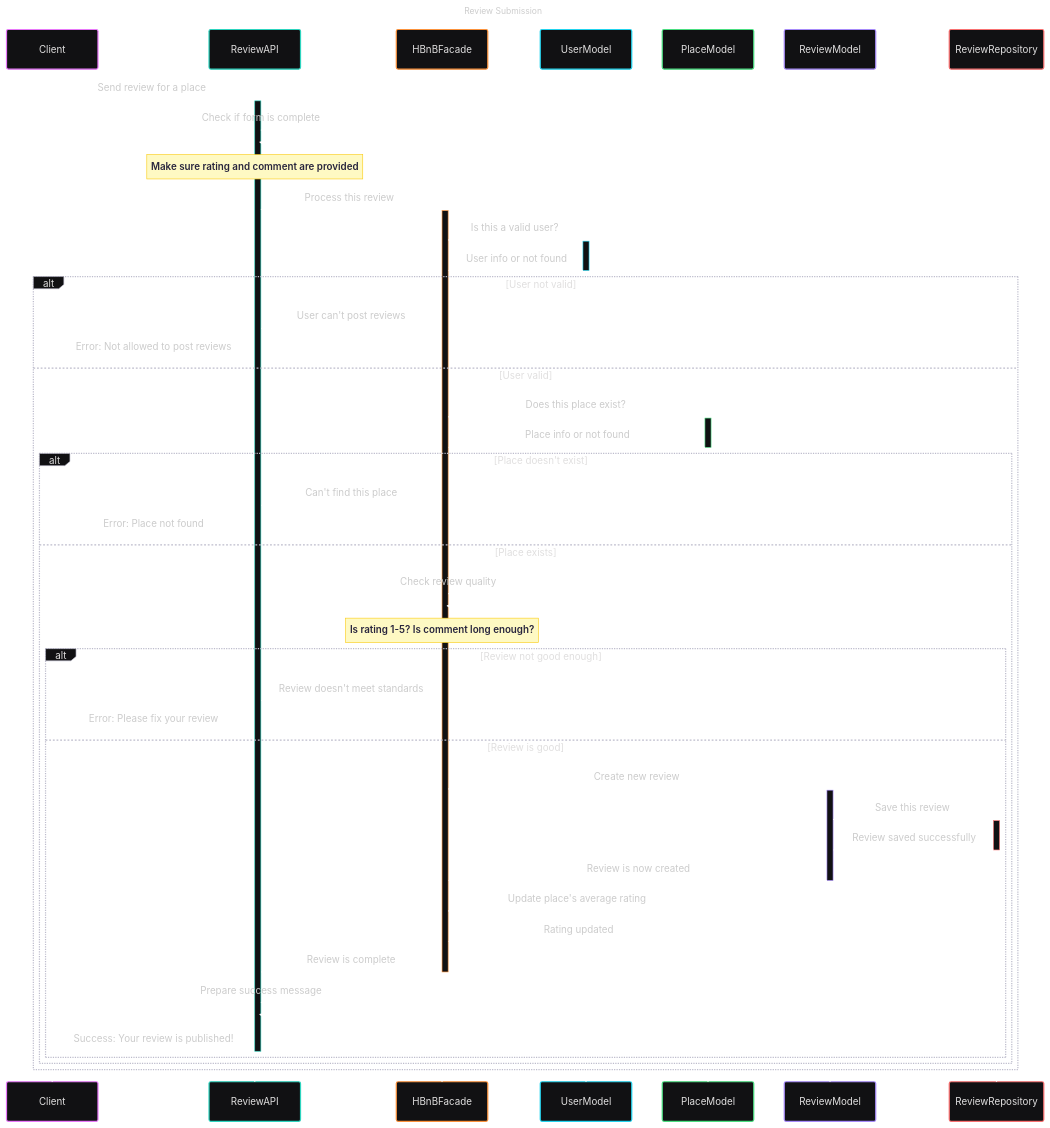
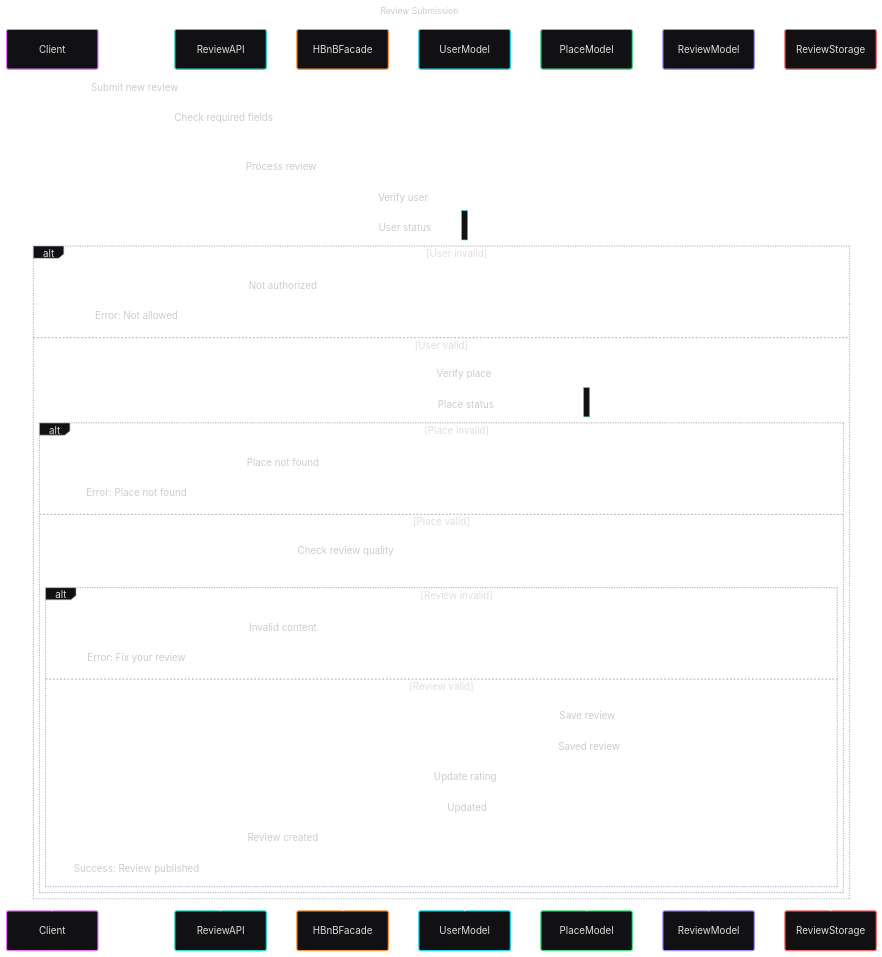
The fifth of 5 diagrams in README.md (Steph974-Git/holbertonschool-hbnb), drawn with Mermaid before and after one commit. The commit also changed other lines of this file, not shown here.

Commit message:
Refactor review submission sequence diagram: enhance clarity in user and place validation, and improve error handling for review processing.

````diff
--- a/README.md
+++ b/README.md
@@ -444,51 +444,50 @@
 ```mermaid
 ---
 config:
   theme: redux-dark-color
 title : Review Submission
 ---
 sequenceDiagram
     participant Client
     participant ReviewAPI
     participant HBnBFacade
     participant UserModel
     participant PlaceModel
     participant ReviewModel
-    participant ReviewRepository
-    Client->>+ReviewAPI: Send review for a place
-    activate ReviewAPI
-    ReviewAPI->>ReviewAPI: Check if form is complete
-    Note over ReviewAPI: Make sure rating and comment are provided
-    ReviewAPI->>+HBnBFacade: Process this review
-    activate HBnBFacade
-    HBnBFacade->>+UserModel: Is this a valid user?
-    UserModel-->>-HBnBFacade: User info or not found
-    alt User not valid
-        HBnBFacade-->>ReviewAPI: User can't post reviews
-        ReviewAPI-->>Client: Error: Not allowed to post reviews
+    
+    Client->>+ReviewAPI: Submit new review
+    ReviewAPI->>ReviewAPI: Check required fields
+    ReviewAPI->>+HBnBFacade: Process review
+    
+    HBnBFacade->>+UserModel: Verify user
+    UserModel-->>-HBnBFacade: User status
+    
+    alt User invalid
+        HBnBFacade-->>ReviewAPI: Not authorized
+        ReviewAPI-->>Client: Error: Not allowed
     else User valid
-        HBnBFacade->>+PlaceModel: Does this place exist?
-        PlaceModel-->>-HBnBFacade: Place info or not found
-        alt Place doesn't exist
-            HBnBFacade-->>ReviewAPI: Can't find this place
+        HBnBFacade->>+PlaceModel: Verify place
+        PlaceModel-->>-HBnBFacade: Place status
+        
+        alt Place invalid
+            HBnBFacade-->>ReviewAPI: Place not found
             ReviewAPI-->>Client: Error: Place not found
-        else Place exists
+        else Place valid
             HBnBFacade->>HBnBFacade: Check review quality
-            Note over HBnBFacade: Is rating 1-5? Is comment long enough?
-            alt Review not good enough
-                HBnBFacade-->>ReviewAPI: Review doesn't meet standards
-                ReviewAPI-->>Client: Error: Please fix your review
-            else Review is good
-                HBnBFacade->>+ReviewModel: Create new review
-                ReviewModel->>+ReviewRepository: Save this review
-                ReviewRepository-->>-ReviewModel: Review saved successfully
-                ReviewModel-->>-HBnBFacade: Review is now created
-                HBnBFacade->>PlaceModel: Update place's average rating
-                PlaceModel-->>HBnBFacade: Rating updated
-                HBnBFacade-->>-ReviewAPI: Review is complete
-                ReviewAPI->>ReviewAPI: Prepare success message
-                ReviewAPI-->>-Client: Success: Your review is published!
+            
+            alt Review invalid
+                HBnBFacade-->>ReviewAPI: Invalid content
+                ReviewAPI-->>Client: Error: Fix your review
+            else Review valid
+                HBnBFacade->>ReviewStorage: Save review
+                ReviewStorage-->>HBnBFacade: Saved review
+                
+                HBnBFacade->>PlaceModel: Update rating
+                PlaceModel-->>HBnBFacade: Updated
+                
+                HBnBFacade-->>ReviewAPI: Review created
+                ReviewAPI-->>Client: Success: Review published
             end
         end
     end
 ```
````
